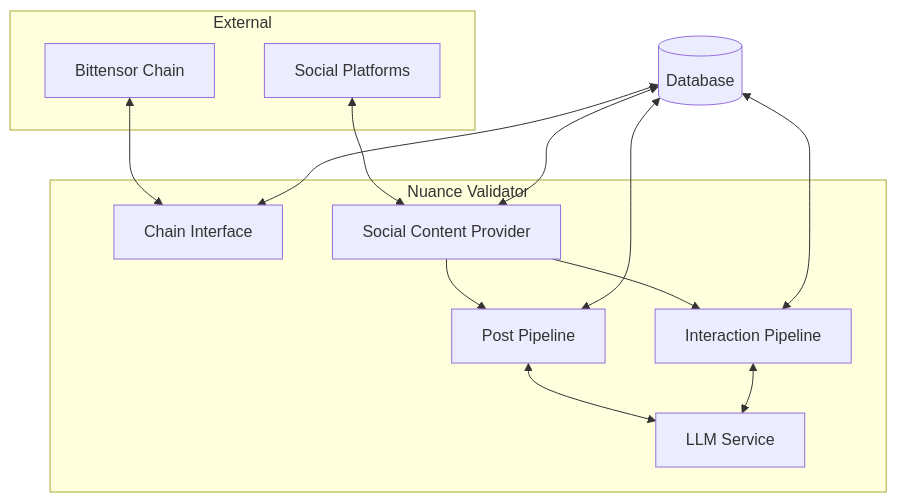
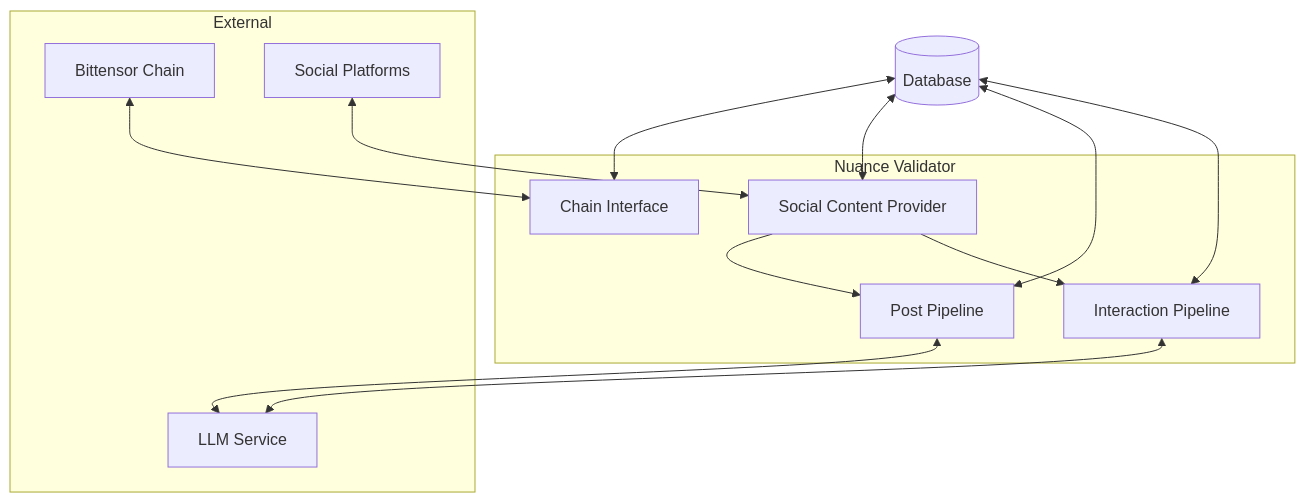
The diagram in docs/dev/overall_architecture.md (NuanceNetwork/Nuance), drawn with Mermaid before and after one commit. The commit also changed other lines of this file and 20 other files, not shown here.

````diff
--- a/docs/dev/overall_architecture.md
+++ b/docs/dev/overall_architecture.md
@@ -1,29 +1,29 @@
 ```mermaid
 flowchart TB
     subgraph External
         BT[Bittensor Chain]
         SP[Social Platforms]
+        LLM[LLM Service]
     end
     
     DB[(Database)]
     
     subgraph Validator["Nuance Validator"]
         CI[Chain Interface]
         SCP[Social Content Provider]
         PP[Post Pipeline]
         IP[Interaction Pipeline]
-        LLM[LLM Service]
     end
     
     BT <--> CI
     SP <--> SCP
     SCP --> PP
     SCP --> IP
     PP <--> LLM
     IP <--> LLM
     
     DB <--> CI
     DB <--> SCP
     DB <--> PP
     DB <--> IP
 ```
````
